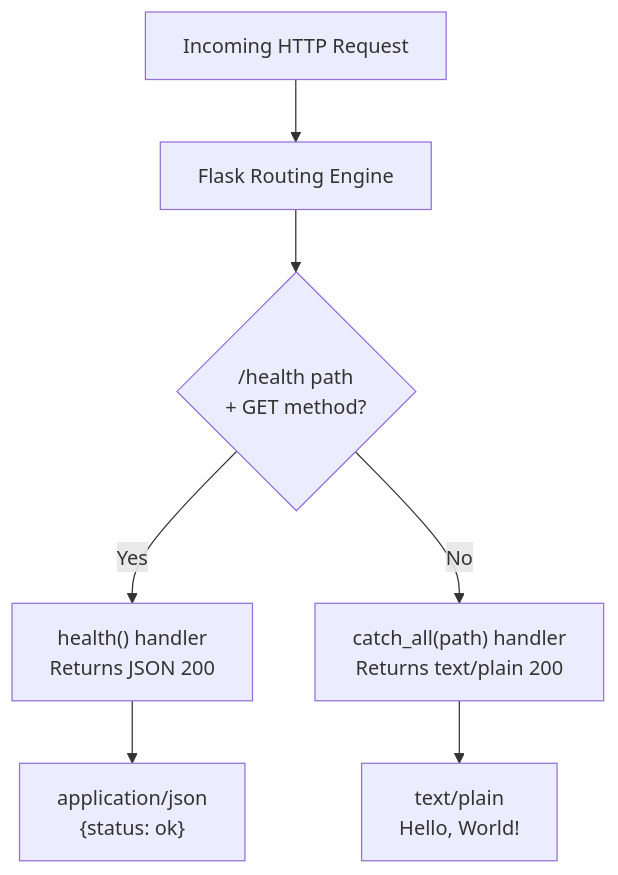
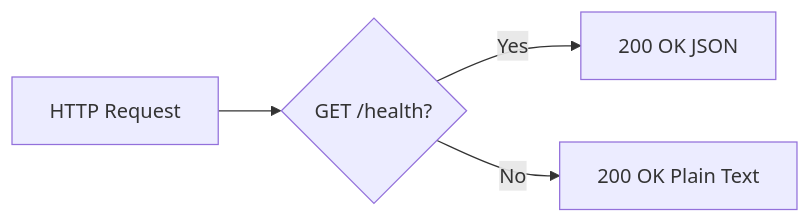
Before and after one commit to TestadoBlitzy/Existing-product: the diagram in blitzy/documentation/Technical Specifications.md, drawn with Mermaid. The commit also changed other lines of this file, not shown here.

````diff
--- a/blitzy/documentation/Technical Specifications.md
+++ b/blitzy/documentation/Technical Specifications.md
@@ -150,9 +251,6 @@
 ```mermaid
-flowchart TD
-    REQ["Incoming HTTP Request"] --> FLASK["Flask Routing Engine"]
-    FLASK --> CHECK{"/health path<br/>+ GET method?"}
-    CHECK -->|Yes| HEALTH["health() handler<br/>Returns JSON 200"]
-    CHECK -->|No| CATCHALL["catch_all(path) handler<br/>Returns text/plain 200"]
-    HEALTH --> RESP1["application/json<br/>{status: ok}"]
-    CATCHALL --> RESP2["text/plain<br/>Hello, World!"]
+flowchart LR
+    Request["HTTP Request"] --> Decision{"GET /health?"}
+    Decision -->|Yes| Health["200 OK JSON"]
+    Decision -->|No| CatchAll["200 OK Plain Text"]
 ```
````
